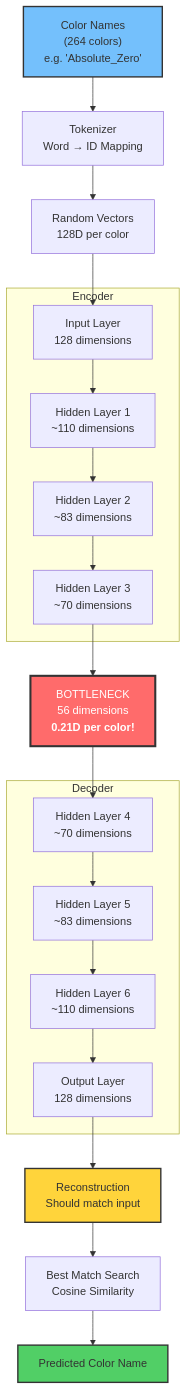
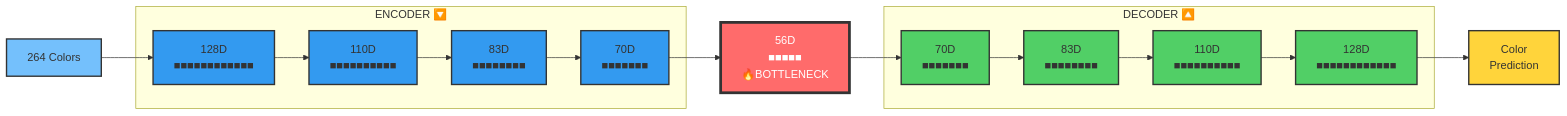
Before and after one commit to JohnRodney/Diffy: the diagram in README.md, drawn with Mermaid.

````diff
--- a/README.md
+++ b/README.md
@@ -18,39 +18,42 @@
 ```mermaid
-graph TD
-    A["Color Names<br/>(264 colors)<br/>e.g. 'Absolute_Zero'"] --> B["Tokenizer<br/>Word → ID Mapping"]
-    B --> C["Random Vectors<br/>128D per color"]
+graph LR
+    A["264 Colors"] --> B["128D<br/>■■■■■■■■■■■■"]
 
-    C --> D["Input Layer<br/>128 dimensions"]
-    D --> E["Hidden Layer 1<br/>~110 dimensions"]
-    E --> F["Hidden Layer 2<br/>~83 dimensions"]
-    F --> G["Hidden Layer 3<br/>~70 dimensions"]
-    G --> H["BOTTLENECK<br/>56 dimensions<br/><strong>0.21D per color!</strong>"]
+    B --> C["110D<br/>■■■■■■■■■■"]
+    C --> D["83D<br/>■■■■■■■■"]
+    D --> E["70D<br/>■■■■■■■"]
+    E --> F["56D<br/>■■■■■<br/>🔥BOTTLENECK"]
 
-    H --> I["Hidden Layer 4<br/>~70 dimensions"]
-    I --> J["Hidden Layer 5<br/>~83 dimensions"]
-    J --> K["Hidden Layer 6<br/>~110 dimensions"]
-    K --> L["Output Layer<br/>128 dimensions"]
+    F --> G["70D<br/>■■■■■■■"]
+    G --> H["83D<br/>■■■■■■■■"]
+    H --> I["110D<br/>■■■■■■■■■■"]
+    I --> J["128D<br/>■■■■■■■■■■■■"]
 
-    L --> M["Reconstruction<br/>Should match input"]
-    M --> N["Best Match Search<br/>Cosine Similarity"]
-    N --> O["Predicted Color Name"]
+    J --> K["Color<br/>Prediction"]
 
-    subgraph "Encoder"
+    subgraph "ENCODER 🔽"
+        B
+        C
         D
         E
-        F
-        G
     end
 
-    subgraph "Decoder"
+    subgraph "DECODER 🔼"
+        G
+        H
         I
         J
-        K
-        L
     end
 
-    style H fill:#ff6b6b,stroke:#333,stroke-width:3px,color:#fff
     style A fill:#74c0fc,stroke:#333,stroke-width:2px
-    style O fill:#51cf66,stroke:#333,stroke-width:2px
-    style M fill:#ffd43b,stroke:#333,stroke-width:2px
+    style B fill:#339af0,stroke:#333,stroke-width:2px
+    style C fill:#339af0,stroke:#333,stroke-width:2px
+    style D fill:#339af0,stroke:#333,stroke-width:2px
+    style E fill:#339af0,stroke:#333,stroke-width:2px
+    style F fill:#ff6b6b,stroke:#333,stroke-width:4px,color:#fff
+    style G fill:#51cf66,stroke:#333,stroke-width:2px
+    style H fill:#51cf66,stroke:#333,stroke-width:2px
+    style I fill:#51cf66,stroke:#333,stroke-width:2px
+    style J fill:#51cf66,stroke:#333,stroke-width:2px
+    style K fill:#ffd43b,stroke:#333,stroke-width:2px
 ```
````
